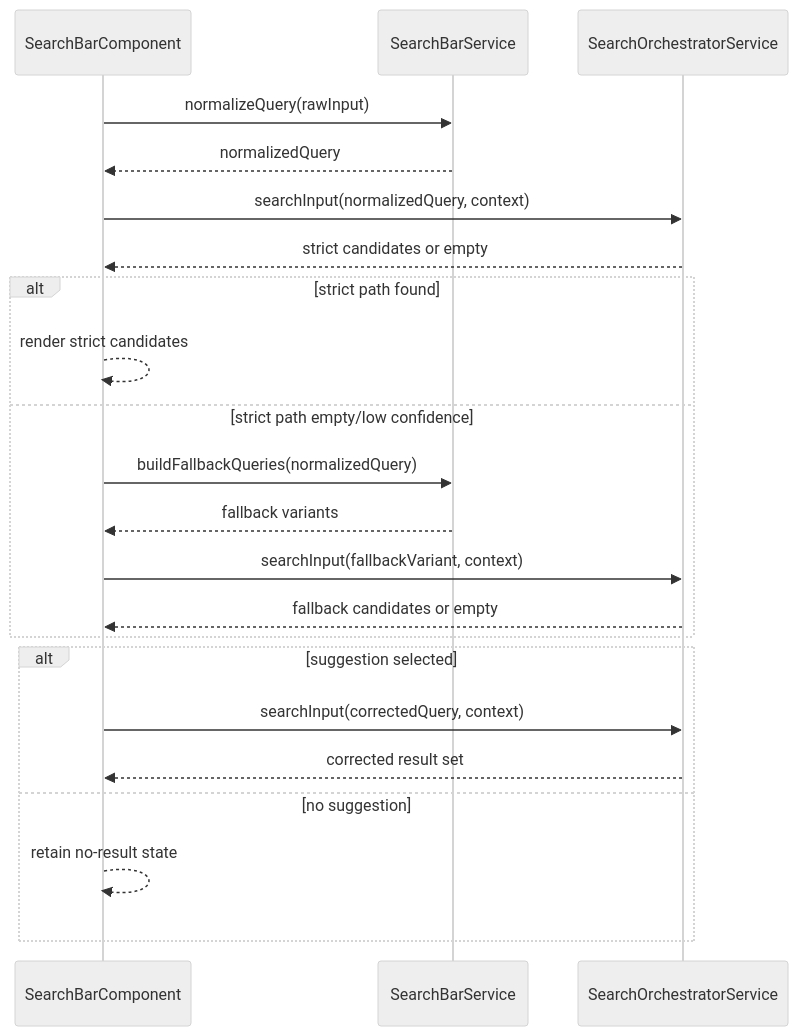
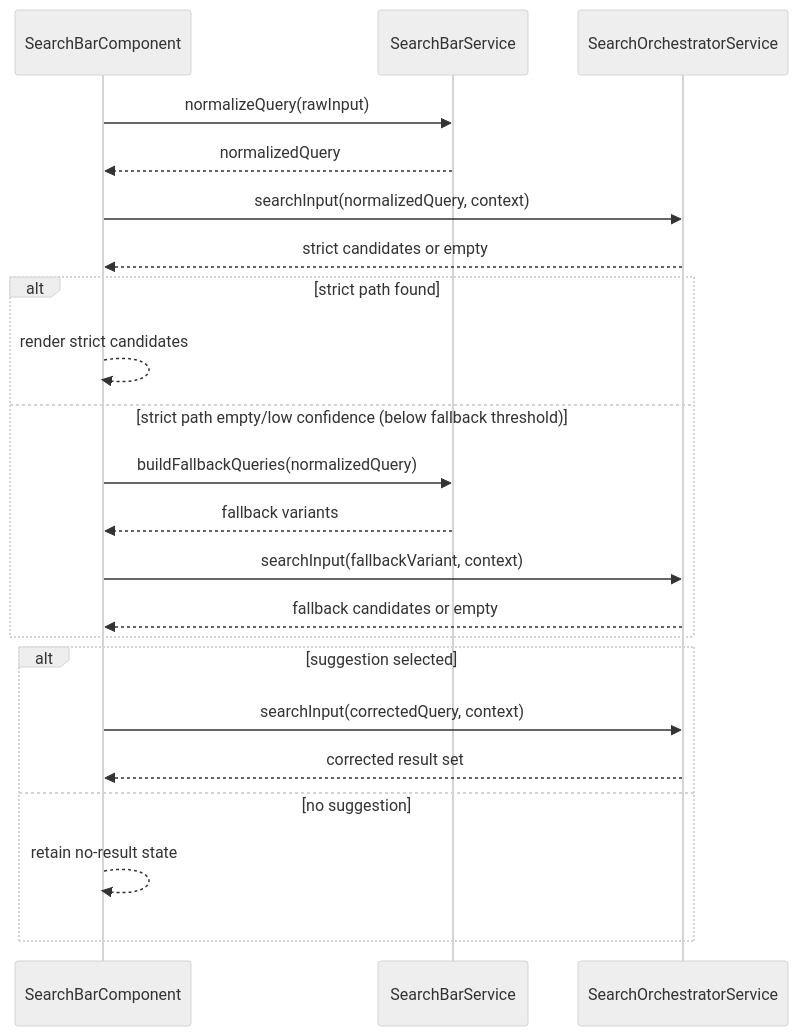
One commit to matkleve/feldpost changed the second of 2 diagrams in docs/element-specs/search-bar-query-behavior.md. Above: the diagram before and after it, drawn with Mermaid (neutral theme). The commit also changed other lines of this file and 11 other files, not shown here.

````diff
--- a/docs/element-specs/search-bar-query-behavior.md
+++ b/docs/element-specs/search-bar-query-behavior.md
@@ -117,27 +117,27 @@
 ```mermaid
 sequenceDiagram
     participant UI as SearchBarComponent
     participant SB as SearchBarService
     participant ORCH as SearchOrchestratorService
 
     UI->>SB: normalizeQuery(rawInput)
     SB-->>UI: normalizedQuery
     UI->>ORCH: searchInput(normalizedQuery, context)
     ORCH-->>UI: strict candidates or empty
 
     alt strict path found
         UI-->>UI: render strict candidates
-    else strict path empty/low confidence
+    else strict path empty/low confidence (below fallback threshold)
         UI->>SB: buildFallbackQueries(normalizedQuery)
         SB-->>UI: fallback variants
         UI->>ORCH: searchInput(fallbackVariant, context)
         ORCH-->>UI: fallback candidates or empty
     end
 
     alt suggestion selected
         UI->>ORCH: searchInput(correctedQuery, context)
         ORCH-->>UI: corrected result set
     else no suggestion
         UI-->>UI: retain no-result state
     end
 ```
````
